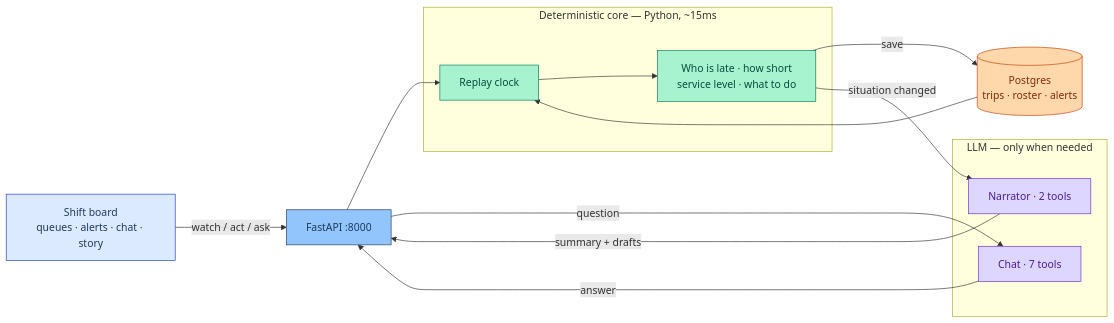
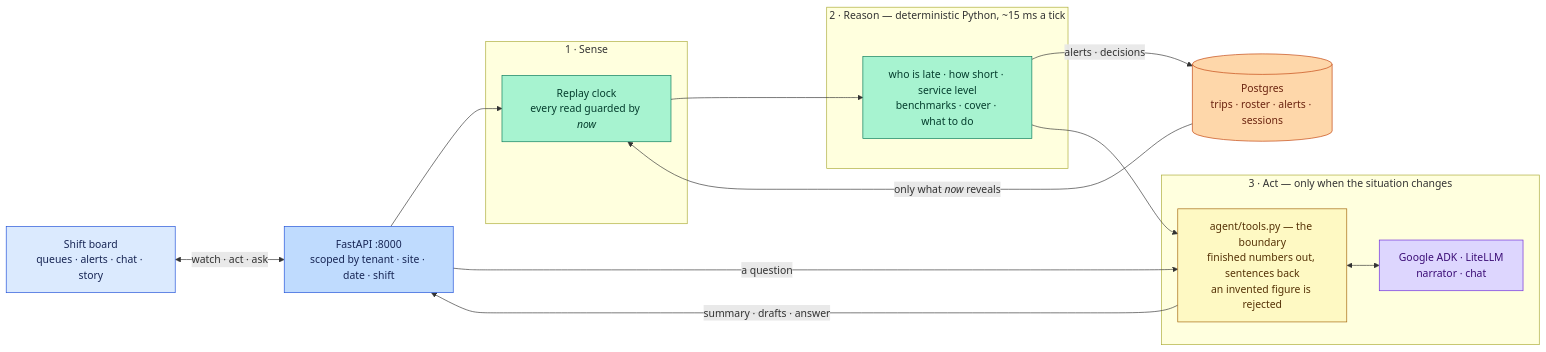
One commit to icvasu/bessemer changed the first of 2 diagrams in README.md. Above: the diagram before and after it, drawn with Mermaid. The commit also changed other lines of this file and 11 other files, not shown here.

First line of the commit message:
feat: stream agent chat over SSE and document ship + jury path

````diff
--- a/README.md
+++ b/README.md
@@ -127,33 +129,37 @@
 ```mermaid
 flowchart LR
-  classDef ui fill:#dbeafe,stroke:#1e40af,color:#1e3a5f
-  classDef api fill:#93c5fd,stroke:#1e3a5f,color:#1e3a5f
-  classDef det fill:#a7f3d0,stroke:#047857,color:#064e3b
-  classDef llm fill:#ddd6fe,stroke:#6d28d9,color:#4c1d95
-  classDef data fill:#fed7aa,stroke:#c2410c,color:#7c2d12
+  classDef ui fill:#dbeafe,stroke:#1d4ed8,color:#172554
+  classDef api fill:#bfdbfe,stroke:#1d4ed8,color:#172554
+  classDef det fill:#a7f3d0,stroke:#047857,color:#053e2e
+  classDef grd fill:#fef9c3,stroke:#a16207,color:#553206
+  classDef llm fill:#ddd6fe,stroke:#6d28d9,color:#3b0d76
+  classDef dat fill:#fed7aa,stroke:#c2410c,color:#6b2410
 
   UI["Shift board<br/>queues · alerts · chat · story"]:::ui
-  API["FastAPI :8000"]:::api
+  API["FastAPI :8000<br/>scoped by tenant · site · date · shift"]:::api
 
-  subgraph DET["Deterministic core — Python, ~15ms"]
-    CLK["Replay clock"]:::det
-    MATH["Who is late · how short<br/>service level · what to do"]:::det
+  subgraph SENSE["1 · Sense"]
+    CLK["Replay clock<br/>every read guarded by <i>now</i>"]:::det
   end
 
-  subgraph LLM["LLM — only when needed"]
-    NAR["Narrator · 2 tools"]:::llm
-    AST["Chat · 7 tools"]:::llm
+  subgraph REASON["2 · Reason — deterministic Python, ~15 ms a tick"]
+    MATH["who is late · how short · service level<br/>benchmarks · cover · what to do"]:::det
   end
 
-  PG[("Postgres<br/>trips · roster · alerts")]:::data
+  subgraph ACT["3 · Act — only when the situation changes"]
+    BOUND["agent/tools.py — the boundary<br/>finished numbers out, sentences back<br/>an invented figure is rejected"]:::grd
+    LLM["Google ADK · LiteLLM<br/>narrator · chat"]:::llm
+  end
 
-  UI -->|watch / act / ask| API
+  PG[("Postgres<br/>trips · roster · alerts · sessions")]:::dat
+
+  UI <-->|"watch · act · ask"| API
   API --> CLK
+  PG -->|"only what <i>now</i> reveals"| CLK
   CLK --> MATH
-  PG --> CLK
-  MATH -->|save| PG
-  MATH -->|situation changed| NAR
-  API -->|question| AST
-  NAR -->|summary + drafts| API
-  AST -->|answer| API
+  MATH -->|"alerts · decisions"| PG
+  MATH --> BOUND
+  BOUND <--> LLM
+  API -->|"a question"| BOUND
+  BOUND -->|"summary · drafts · answer"| API
 ```
````
